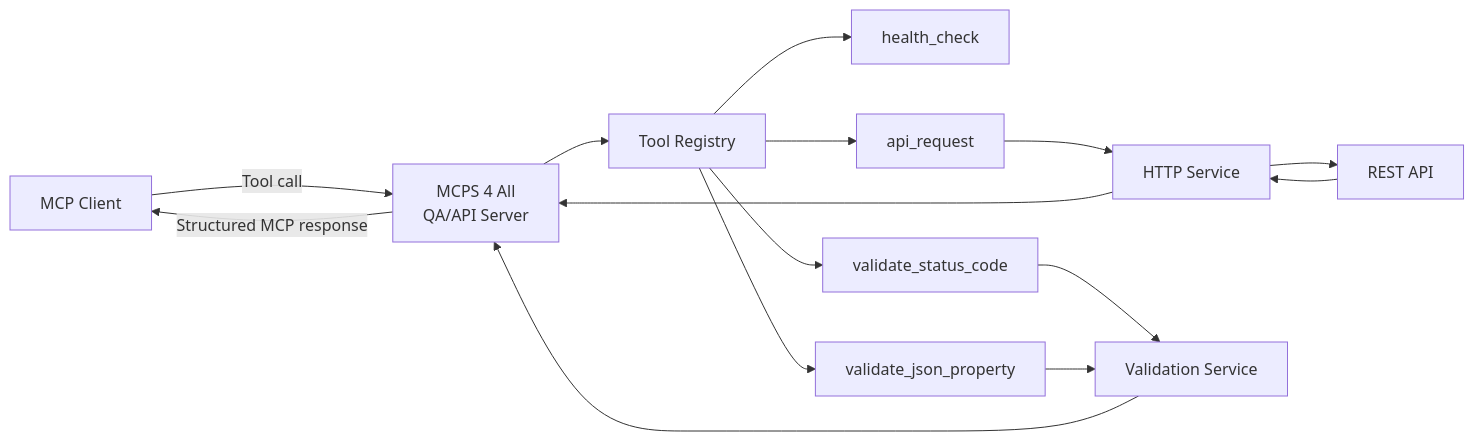
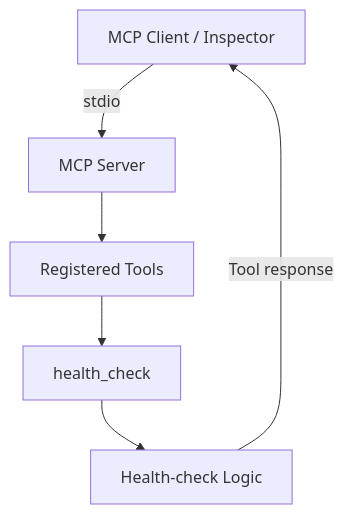
One commit to Hosafatto/mcps-4-all changed the diagram in README.md. Above: the diagram before and after it, drawn with Mermaid. The commit also changed other lines of this file and 7 other files, not shown here.

Commit message:
feat: implement first MCP server with health check

````diff
--- a/README.md
+++ b/README.md
@@ -76,25 +152,8 @@
-``` mermaid
-flowchart LR
-    A["MCP Client"]
-
-    A -->|"Tool call"| B["MCPS 4 All<br/>QA/API Server"]
-
-    B --> C["Tool Registry"]
-
+```mermaid
+flowchart TD
+    A["MCP Client / Inspector"] -->|"stdio"| B["MCP Server"]
+    B --> C["Registered Tools"]
     C --> D["health_check"]
-    C --> E["api_request"]
-    C --> F["validate_status_code"]
-    C --> G["validate_json_property"]
-
-    E --> H["HTTP Service"]
-    F --> I["Validation Service"]
-    G --> I
-
-    H --> J["REST API"]
-
-    J --> H
-    H --> B
-    I --> B
-
-    B -->|"Structured MCP response"| A
+    D --> E["Health-check Logic"]
+    E -->|"Tool response"| A
 ```
````
